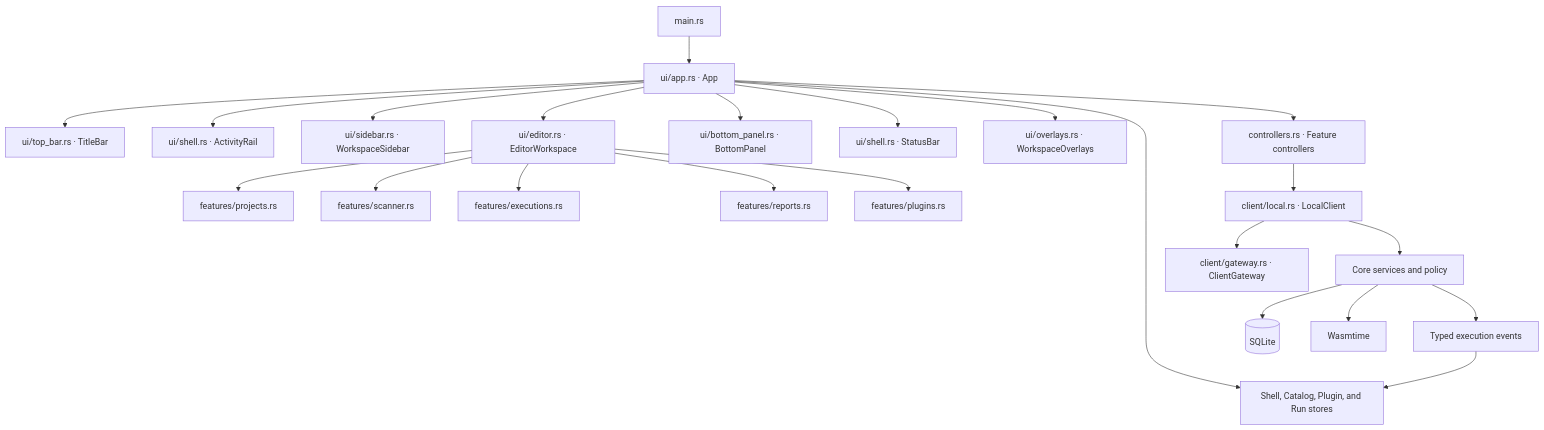
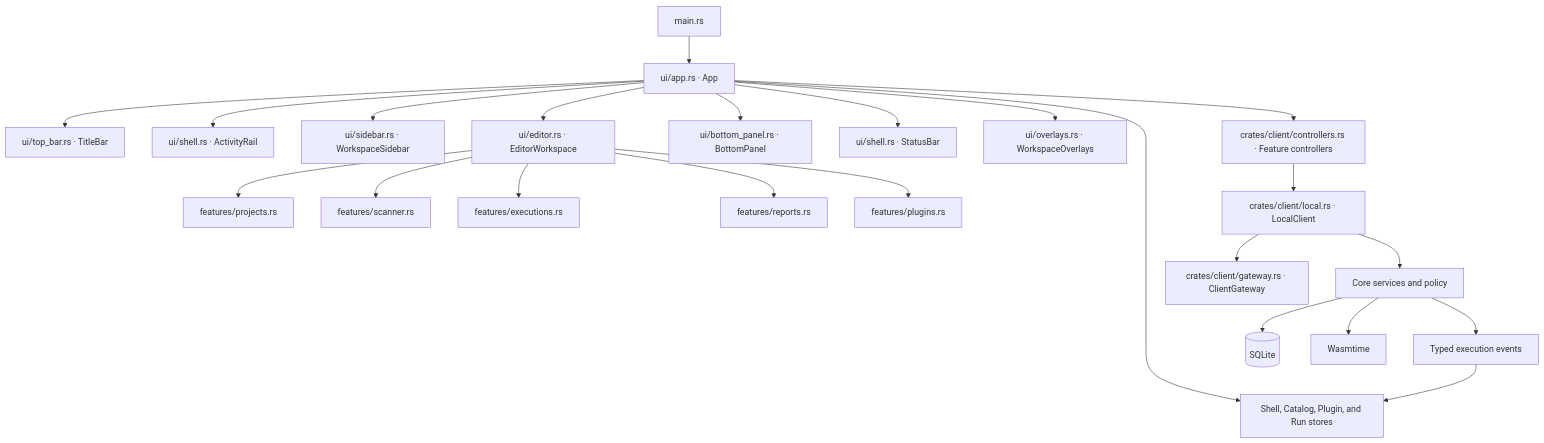
The diagram in docs/architecture/DESKTOP_UI.md (anonto42/poly.glid_security_workspace), drawn with Mermaid before and after one commit. The commit also changed other lines of this file and 25 other files, not shown here.

````diff
--- a/docs/architecture/DESKTOP_UI.md
+++ b/docs/architecture/DESKTOP_UI.md
@@ -60,27 +81,27 @@
 ```mermaid
 flowchart TD
     MAIN[main.rs] --> APP[ui/app.rs · App]
     APP --> TITLE[ui/top_bar.rs · TitleBar]
     APP --> RAIL[ui/shell.rs · ActivityRail]
     APP --> SIDE[ui/sidebar.rs · WorkspaceSidebar]
     APP --> EDITOR[ui/editor.rs · EditorWorkspace]
     APP --> BOTTOM[ui/bottom_panel.rs · BottomPanel]
     APP --> STATUS[ui/shell.rs · StatusBar]
     APP --> OVERLAYS[ui/overlays.rs · WorkspaceOverlays]
 
     EDITOR --> PROJECTS[features/projects.rs]
     EDITOR --> SCANNER[features/scanner.rs]
     EDITOR --> EXECUTIONS[features/executions.rs]
     EDITOR --> REPORTS[features/reports.rs]
     EDITOR --> PLUGINS[features/plugins.rs]
 
     APP --> STORES[Shell, Catalog, Plugin, and Run stores]
-    APP --> CONTROLLERS[controllers.rs · Feature controllers]
-    CONTROLLERS --> LOCAL[client/local.rs · LocalClient]
-    LOCAL --> PORT[client/gateway.rs · ClientGateway]
+    APP --> CONTROLLERS[crates/client/controllers.rs · Feature controllers]
+    CONTROLLERS --> LOCAL[crates/client/local.rs · LocalClient]
+    LOCAL --> PORT[crates/client/gateway.rs · ClientGateway]
     LOCAL --> CORE[Core services and policy]
     CORE --> SQLITE[(SQLite)]
     CORE --> WASM[Wasmtime]
     CORE --> EVENTS[Typed execution events]
     EVENTS --> STORES
 ```
````
